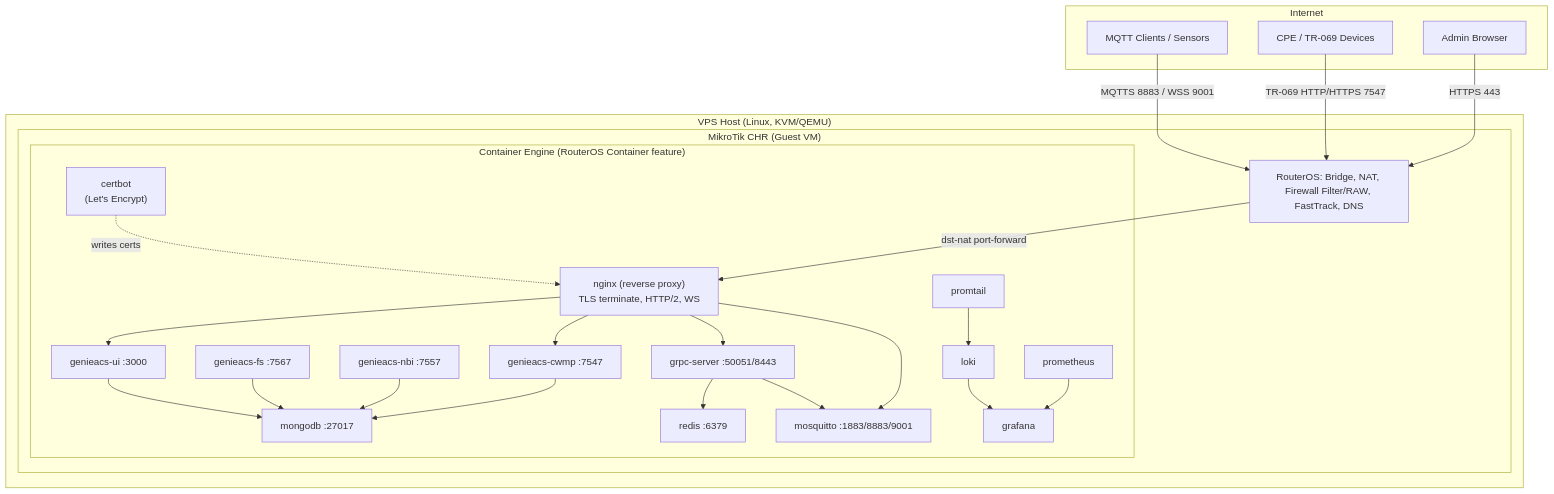
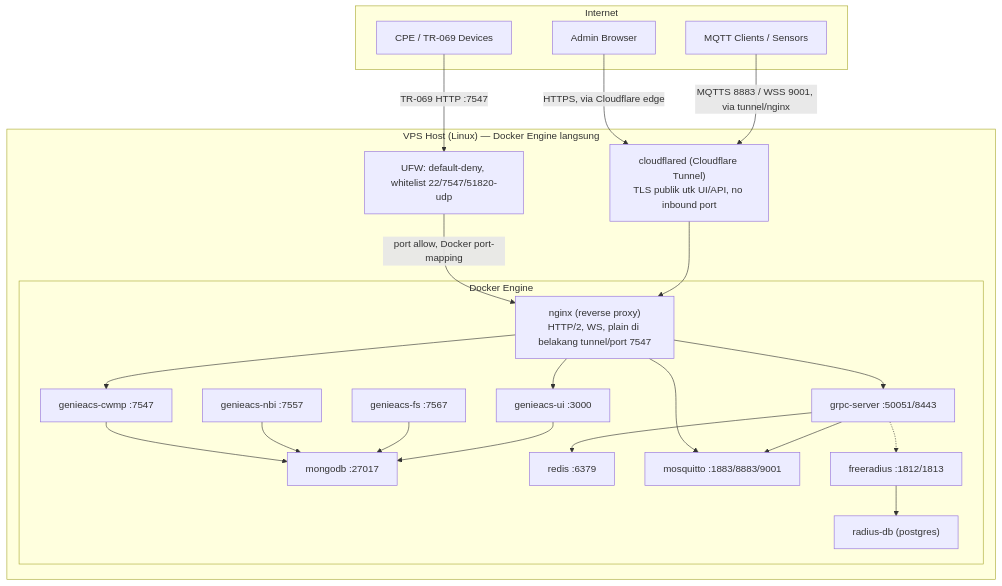
Before and after one commit to warungbudina-digital/akses-vps: the diagram in docs/01-architecture.md, drawn with Mermaid. The commit also changed other lines of this file and 12 other files, not shown here.

````diff
--- a/docs/01-architecture.md
+++ b/docs/01-architecture.md
@@ -13,49 +17,44 @@
 ```mermaid
 flowchart TB
     subgraph INTERNET["Internet"]
         CLIENT[Admin Browser]
         CPE[CPE / TR-069 Devices]
         MQTTCLIENT[MQTT Clients / Sensors]
     end
 
-    subgraph HOST["VPS Host (Linux, KVM/QEMU)"]
-        subgraph CHR["MikroTik CHR (Guest VM)"]
-            RB["RouterOS: Bridge, NAT, Firewall Filter/RAW, FastTrack, DNS"]
-            subgraph DOCKER["Container Engine (RouterOS Container feature)"]
-                NGINX["nginx (reverse proxy)\nTLS terminate, HTTP/2, WS"]
-                CERTBOT["certbot\n(Let's Encrypt)"]
-                GENIEACS_CWMP["genieacs-cwmp :7547"]
-                GENIEACS_NBI["genieacs-nbi :7557"]
-                GENIEACS_FS["genieacs-fs :7567"]
-                GENIEACS_UI["genieacs-ui :3000"]
-                MONGO["mongodb :27017"]
-                REDIS["redis :6379"]
-                MQTT["mosquitto :1883/8883/9001"]
-                GRPC["grpc-server :50051/8443"]
-                PROM["prometheus"]
-                GRAFANA["grafana"]
-                LOKI["loki"]
-                PROMTAIL["promtail"]
-            end
+    subgraph HOST["VPS Host (Linux) — Docker Engine langsung"]
+        UFW["UFW: default-deny, whitelist 22/7547/51820-udp"]
+        CFTUNNEL["cloudflared (Cloudflare Tunnel)\nTLS publik utk UI/API, no inbound port"]
+        subgraph DOCKER["Docker Engine"]
+            NGINX["nginx (reverse proxy)\nHTTP/2, WS, plain di belakang tunnel/port 7547"]
+            GENIEACS_CWMP["genieacs-cwmp :7547"]
+            GENIEACS_NBI["genieacs-nbi :7557"]
+            GENIEACS_FS["genieacs-fs :7567"]
+            GENIEACS_UI["genieacs-ui :3000"]
+            MONGO["mongodb :27017"]
+            REDIS["redis :6379"]
+            MQTT["mosquitto :1883/8883/9001"]
+            GRPC["grpc-server :50051/8443"]
+            FREERADIUS["freeradius :1812/1813"]
+            RADIUSDB["radius-db (postgres)"]
         end
     end
 
-    CLIENT -->|HTTPS 443| RB
-    CPE -->|TR-069 HTTP/HTTPS 7547| RB
-    MQTTCLIENT -->|MQTTS 8883 / WSS 9001| RB
-    RB -->|dst-nat port-forward| NGINX
+    CLIENT -->|HTTPS, via Cloudflare edge| CFTUNNEL
+    CPE -->|TR-069 HTTP :7547| UFW
+    MQTTCLIENT -->|MQTTS 8883 / WSS 9001, via tunnel/nginx| CFTUNNEL
+    UFW -->|port allow, Docker port-mapping| NGINX
+    CFTUNNEL --> NGINX
     NGINX --> GENIEACS_UI
     NGINX --> GENIEACS_CWMP
     NGINX --> GRPC
     NGINX --> MQTT
-    CERTBOT -.->|writes certs| NGINX
     GENIEACS_CWMP --> MONGO
     GENIEACS_NBI --> MONGO
     GENIEACS_FS --> MONGO
     GENIEACS_UI --> MONGO
     GRPC --> REDIS
     GRPC --> MQTT
-    PROMTAIL --> LOKI
-    PROM --> GRAFANA
-    LOKI --> GRAFANA
+    FREERADIUS --> RADIUSDB
+    GRPC -.-> FREERADIUS
 ```
````
